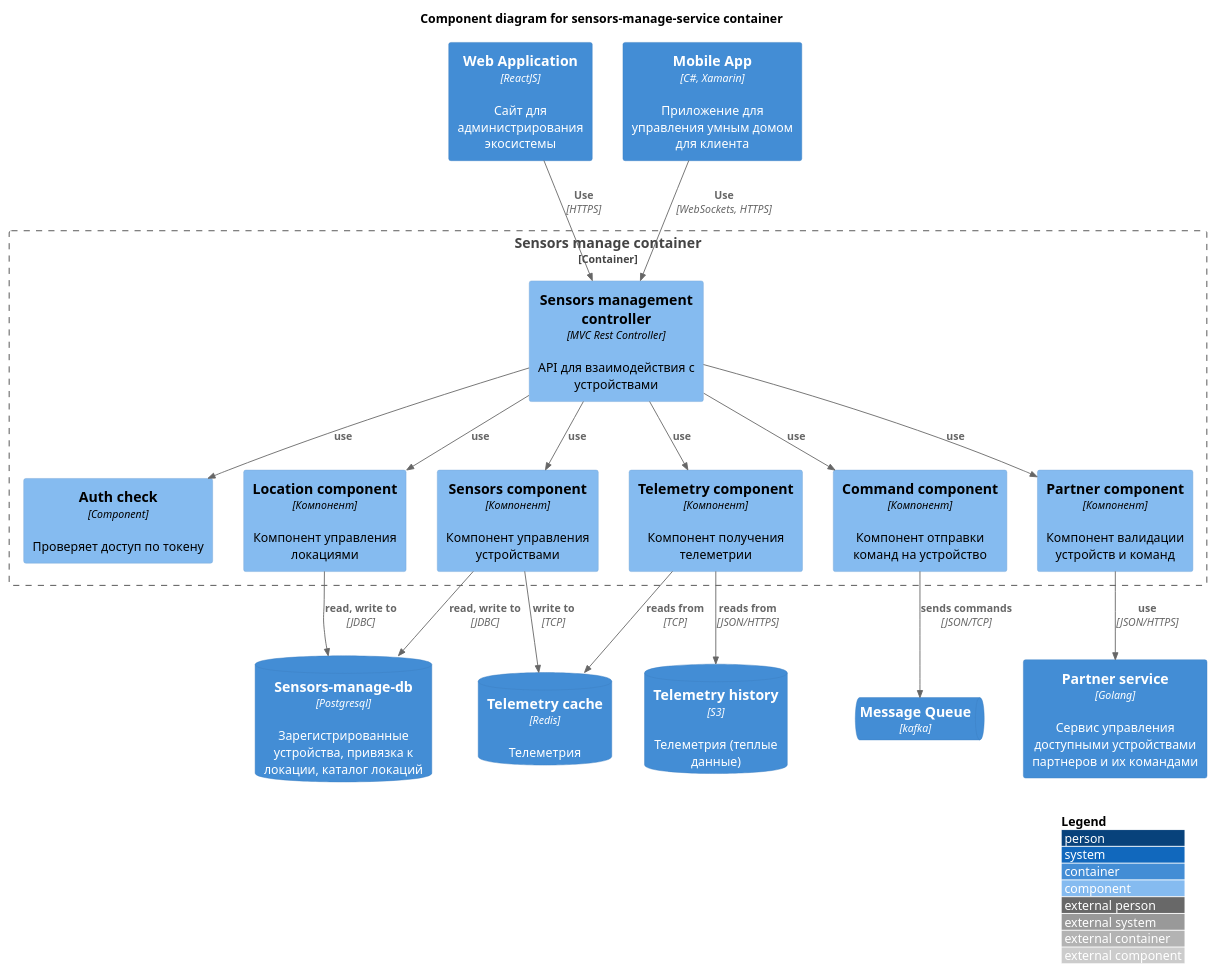
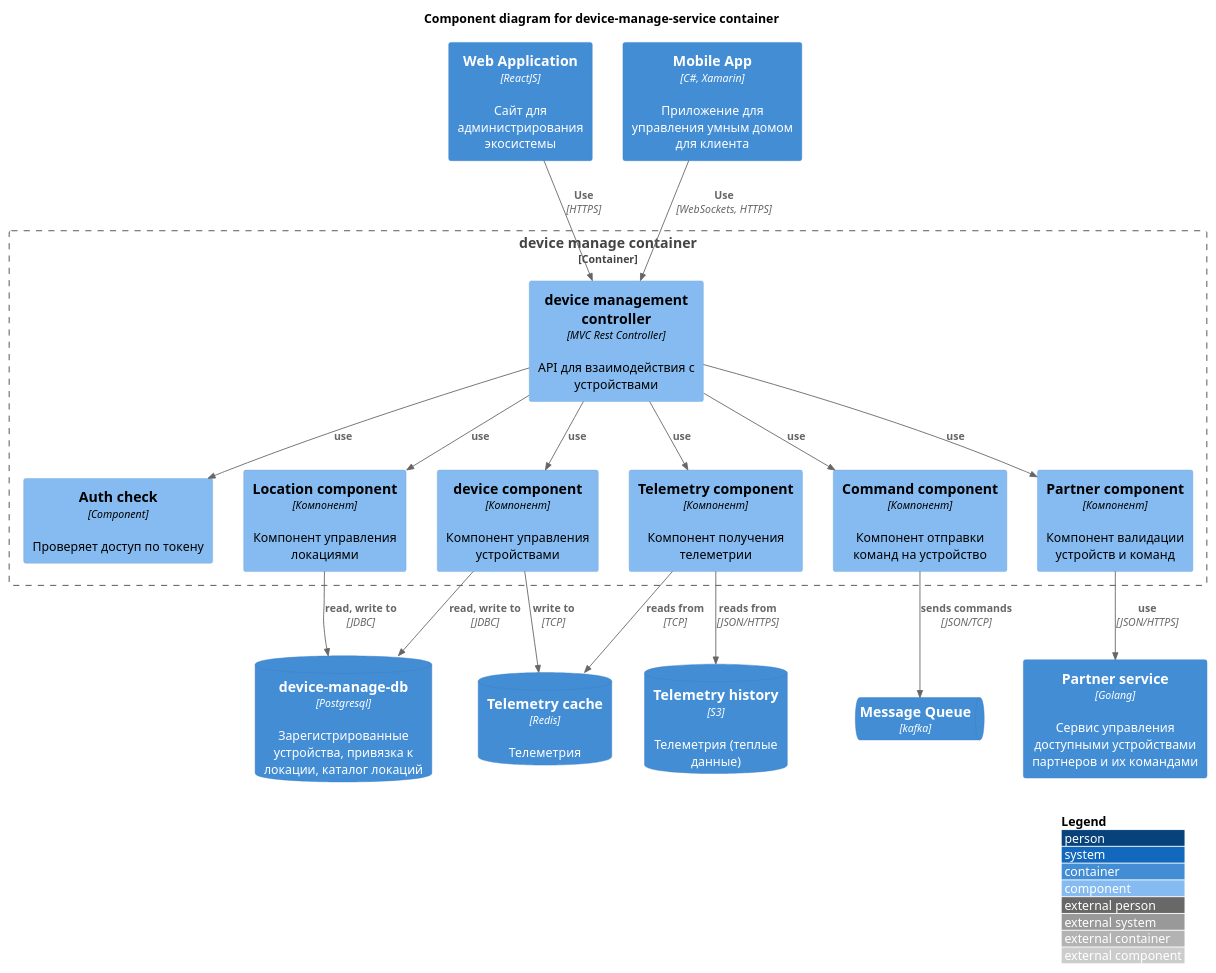
The diagram in schemas/v1/component/Smarthome-component-device-manage.puml (annmozer116/warmhouse-golang), drawn with PlantUML before and after one commit. The commit also changed 6 other files, not shown here.

Commit message:
Correct diagrams

```diff
--- a/schemas/v1/component/Smarthome-component-device-manage.puml
+++ b/schemas/v1/component/Smarthome-component-device-manage.puml
@@ -1,52 +1,52 @@
-@startuml Smarthome-component-sensors-manage 
+@startuml Smarthome-component-device-manage 
 !include https://raw.githubusercontent.com/plantuml-stdlib/C4-PlantUML/master/C4_Component.puml
 ' uncomment the following line and comment the first to use locally
 ' !include C4_Component.puml
 
 LAYOUT_WITH_LEGEND()
 
-title Component diagram for sensors-manage-service container
+title Component diagram for device-manage-service container
 
 Container(admin_web_app, "Web Application", "ReactJS", "Сайт для администрирования экосистемы")
 Container(mobile_app, "Mobile App", "C#, Xamarin", "Приложение для управления умным домом для клиента")
 
 Container(partner_service, "Partner service", "Golang", "Сервис управления доступными устройствами партнеров и их командами")
-ContainerDb(sensors_manage_service_db, "Sensors-manage-db", "Postgresql", "Зарегистрированные устройства, привязка к локации, каталог локаций")
+ContainerDb(device_manage_service_db, "device-manage-db", "Postgresql", "Зарегистрированные устройства, привязка к локации, каталог локаций")
 ContainerDb(telemetry_cache, "Telemetry cache", "Redis", "Телеметрия")
 ContainerDb(telemetry_history, "Telemetry history", "S3", "Телеметрия (теплые данные)")
 
 ContainerQueue(smarthome_mq, "Message Queue", "kafka")
 
-Container_Boundary(sensors_manage_service, "Sensors manage container") {
+Container_Boundary(device_manage_service, "device manage container") {
     Component(auth_check, "Auth check","Component", "Проверяет доступ по токену")
-    Component(sensors_controller, "Sensors management controller", "MVC Rest Controller", "API для взаимодействия с устройствами")
+    Component(device_controller, "device management controller", "MVC Rest Controller", "API для взаимодействия с устройствами")
 
-    Component(sensors_service, "Sensors component", "Компонент", "Компонент управления устройствами")
+    Component(device_service, "device component", "Компонент", "Компонент управления устройствами")
     Component(location_service, "Location component", "Компонент", "Компонент управления локациями")
     Component(telemetry_service, "Telemetry component", "Компонент", "Компонент получения телеметрии")
     Component(command_service, "Command component", "Компонент", "Компонент отправки команд на устройство")
     Component(partner_component, "Partner component", "Компонент", "Компонент валидации устройств и команд")
 
 }
-Rel(mobile_app, sensors_controller, "Use", "WebSockets, HTTPS")
-Rel(admin_web_app, sensors_controller, "Use", "HTTPS")
+Rel(mobile_app, device_controller, "Use", "WebSockets, HTTPS")
+Rel(admin_web_app, device_controller, "Use", "HTTPS")
 
 
-Rel(sensors_controller, sensors_service, "use")
-Rel(sensors_controller, location_service, "use")
-Rel(sensors_controller, telemetry_service, "use")
-Rel(sensors_controller, command_service, "use")
-Rel(sensors_controller, auth_check, "use")
-Rel(sensors_controller, partner_component, "use")
+Rel(device_controller, device_service, "use")
+Rel(device_controller, location_service, "use")
+Rel(device_controller, telemetry_service, "use")
+Rel(device_controller, command_service, "use")
+Rel(device_controller, auth_check, "use")
+Rel(device_controller, partner_component, "use")
 
 Rel(partner_component, partner_service, "use", "JSON/HTTPS")
 
-Rel(sensors_service, sensors_manage_service_db, "read, write to", "JDBC")
-Rel(sensors_service, telemetry_cache, "write to", "TCP")
+Rel(device_service, device_manage_service_db, "read, write to", "JDBC")
+Rel(device_service, telemetry_cache, "write to", "TCP")
 
-Rel(location_service, sensors_manage_service_db, "read, write to", "JDBC")
+Rel(location_service, device_manage_service_db, "read, write to", "JDBC")
 Rel(telemetry_service, telemetry_cache, "reads from", "TCP")
 Rel(telemetry_service, telemetry_history, "reads from", "JSON/HTTPS")
 Rel(command_service, smarthome_mq, "sends commands", "JSON/TCP")
 
 @enduml
```
